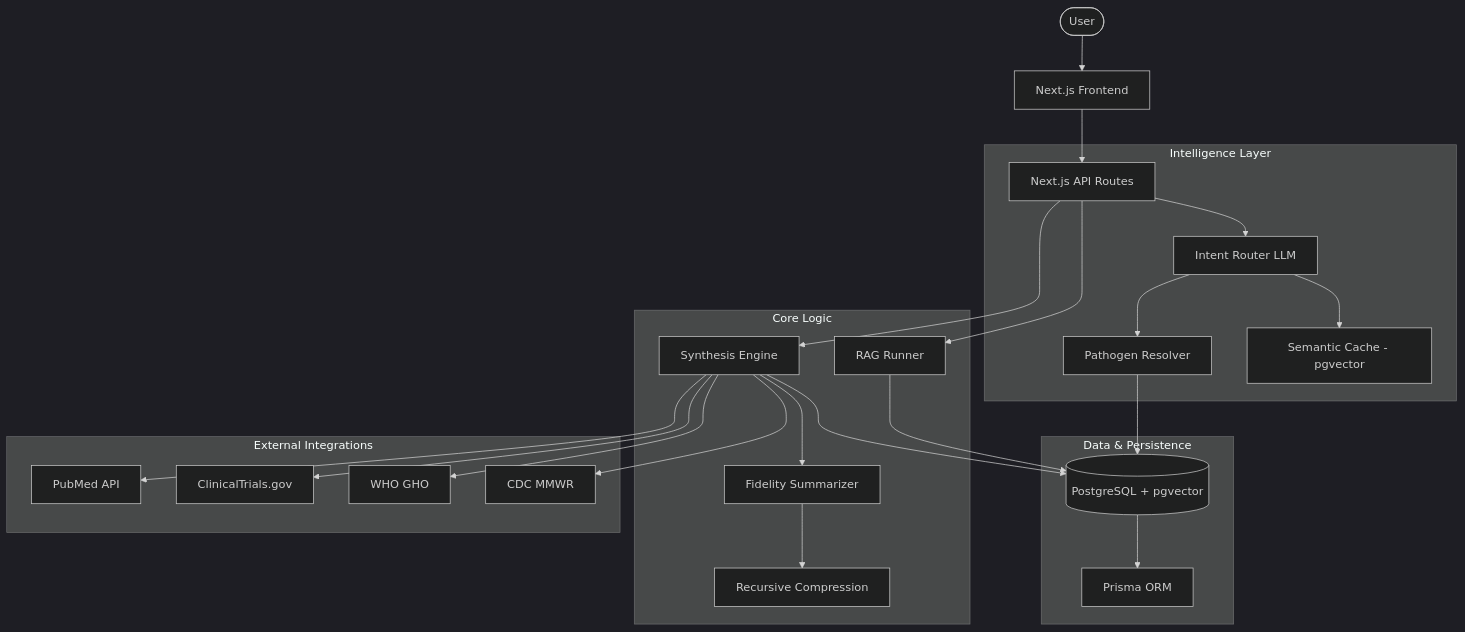
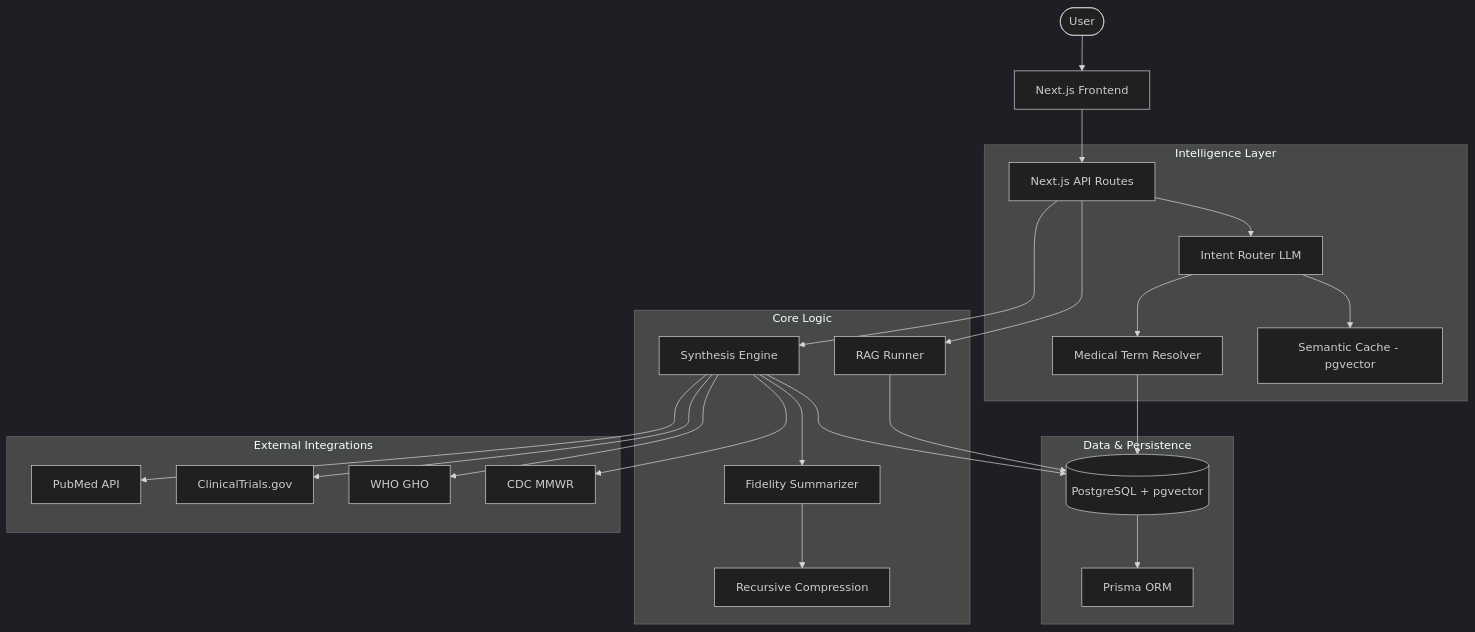
One commit to sandeepupadhyay16/pathogen360 changed the diagram in docs/architecture.md. Above: the diagram before and after it, drawn with Mermaid (dark theme). The commit also changed other lines of this file and 116 other files, not shown here.

````diff
--- a/docs/architecture.md
+++ b/docs/architecture.md
@@ -7,32 +7,32 @@
 ```mermaid
 graph TD
     User([User]) --> Frontend[Next.js Frontend]
     Frontend --> API[Next.js API Routes]
     
     subgraph "Intelligence Layer"
         API --> Router[Intent Router LLM]
-        Router --> Resolver[Pathogen Resolver]
+        Router --> Resolver[Medical Term Resolver]
         Router --> Cache[Semantic Cache - pgvector]
     end
     
     subgraph "Core Logic"
         API --> Synthesis[Synthesis Engine]
         API --> RAG[RAG Runner]
         Synthesis --> Summary[Fidelity Summarizer]
         Summary --> Compression[Recursive Compression]
     end
     
     subgraph "Data & Persistence"
         Resolver --> DB[(PostgreSQL + pgvector)]
         RAG --> DB
         Synthesis --> DB
         DB --> Prisma[Prisma ORM]
     end
     
     subgraph "External Integrations"
         Synthesis --> PubMed[PubMed API]
         Synthesis --> Trials[ClinicalTrials.gov]
         Synthesis --> WHO[WHO GHO]
         Synthesis --> CDC[CDC MMWR]
     end
 ```
````
